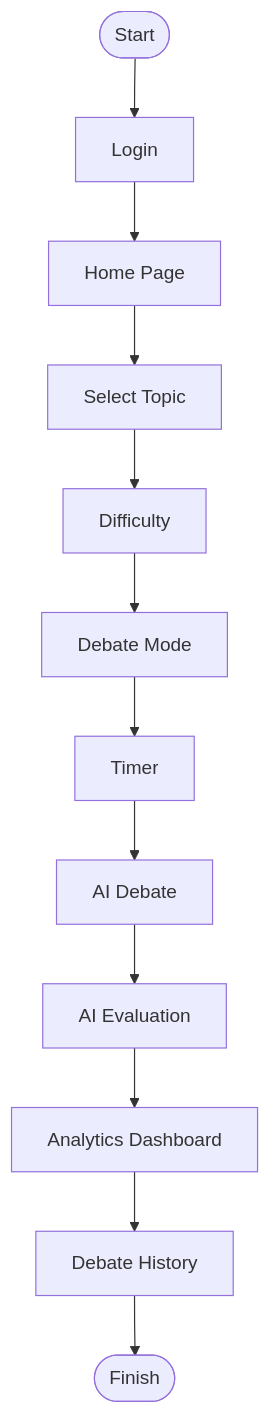
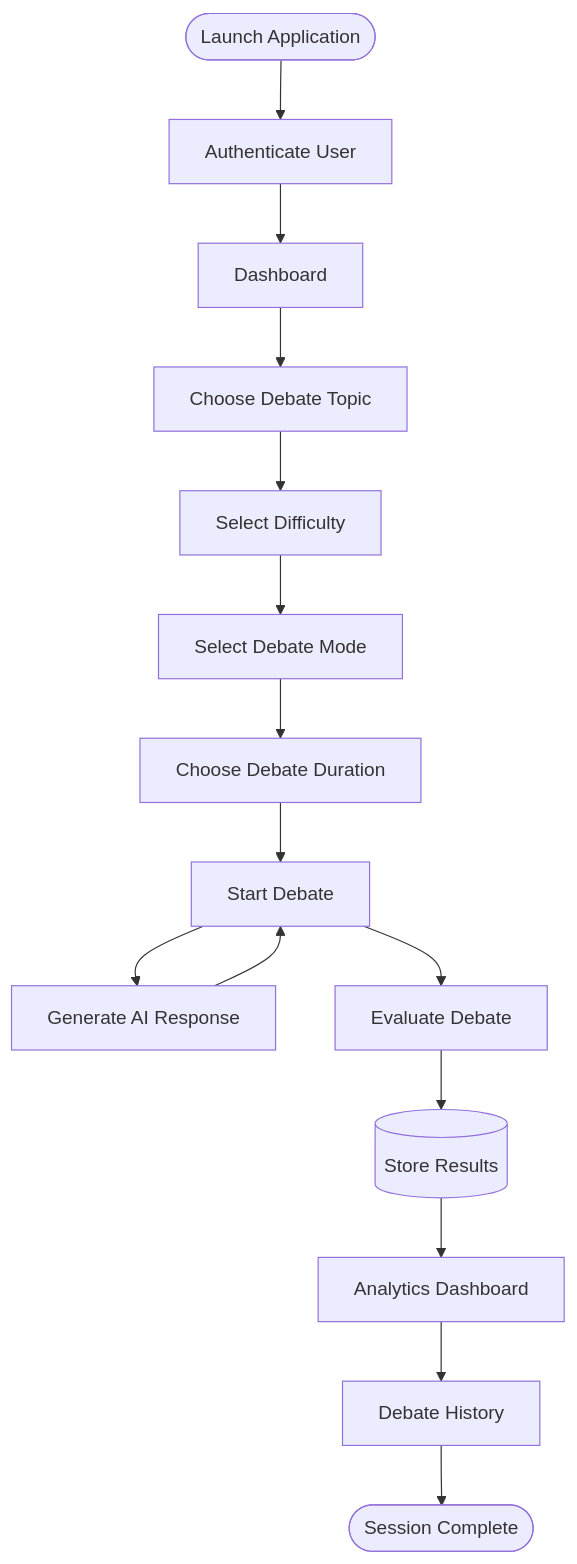
Before and after one commit to Peethambari123/AI-Debate-Arena2: the second of 2 diagrams in README.md, drawn with Mermaid. The commit also changed other lines of this file, not shown here.

````diff
--- a/README.md
+++ b/README.md
@@ -267,49 +266,59 @@
 ```mermaid
 flowchart TD
 
-Start([Start])
+Start([Launch Application])
 
-Login[Login]
+Login[Authenticate User]
 
-Home[Home Page]
+Home[Dashboard]
 
-Topic[Select Topic]
+Topic[Choose Debate Topic]
 
-Difficulty[Difficulty]
+Difficulty[Select Difficulty]
 
-Mode[Debate Mode]
+Mode[Select Debate Mode]
 
-Timer[Timer]
+Timer[Choose Debate Duration]
 
-Debate[AI Debate]
+Debate[Start Debate]
 
-Evaluation[AI Evaluation]
+AI[Generate AI Response]
+
+Evaluation[Evaluate Debate]
+
+Database[(Store Results)]
 
 Analytics[Analytics Dashboard]
 
 History[Debate History]
 
-End([Finish])
+End([Session Complete])
 
 Start --> Login
 
 Login --> Home
 
 Home --> Topic
 
 Topic --> Difficulty
 
 Difficulty --> Mode
 
 Mode --> Timer
 
 Timer --> Debate
 
+Debate --> AI
+
+AI --> Debate
+
 Debate --> Evaluation
 
-Evaluation --> Analytics
+Evaluation --> Database
+
+Database --> Analytics
 
 Analytics --> History
 
 History --> End
 ```
````
